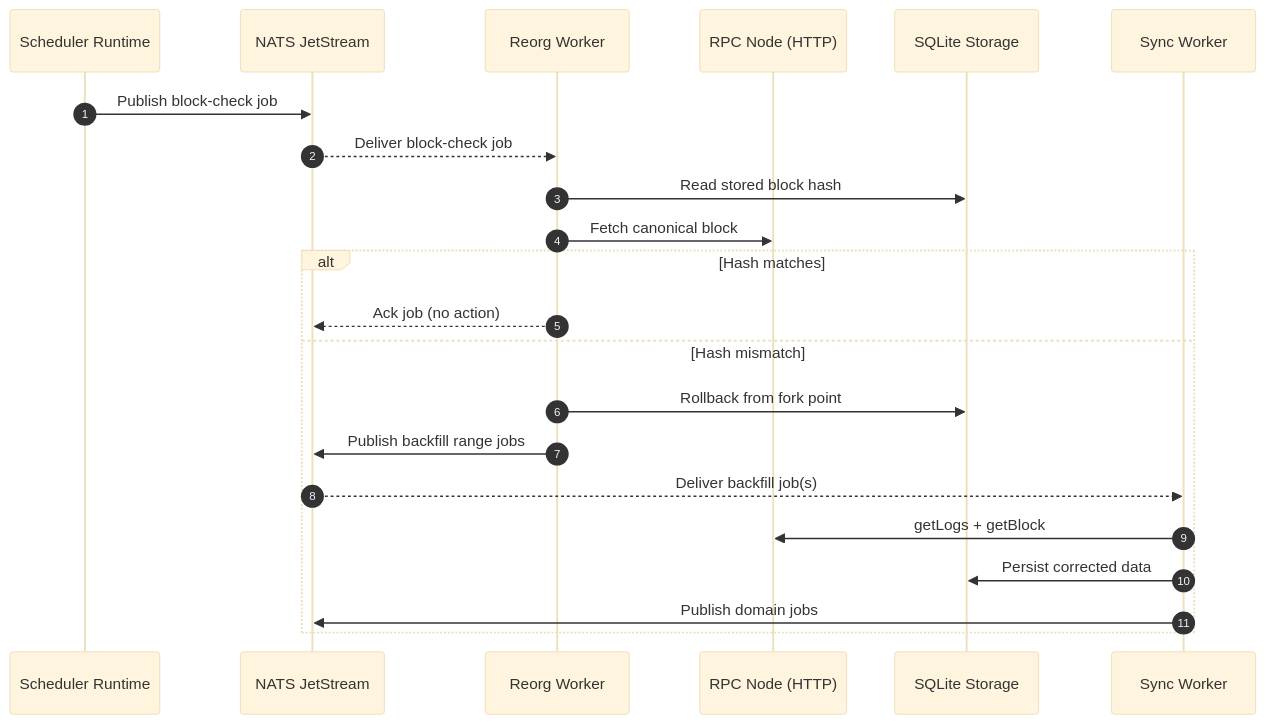
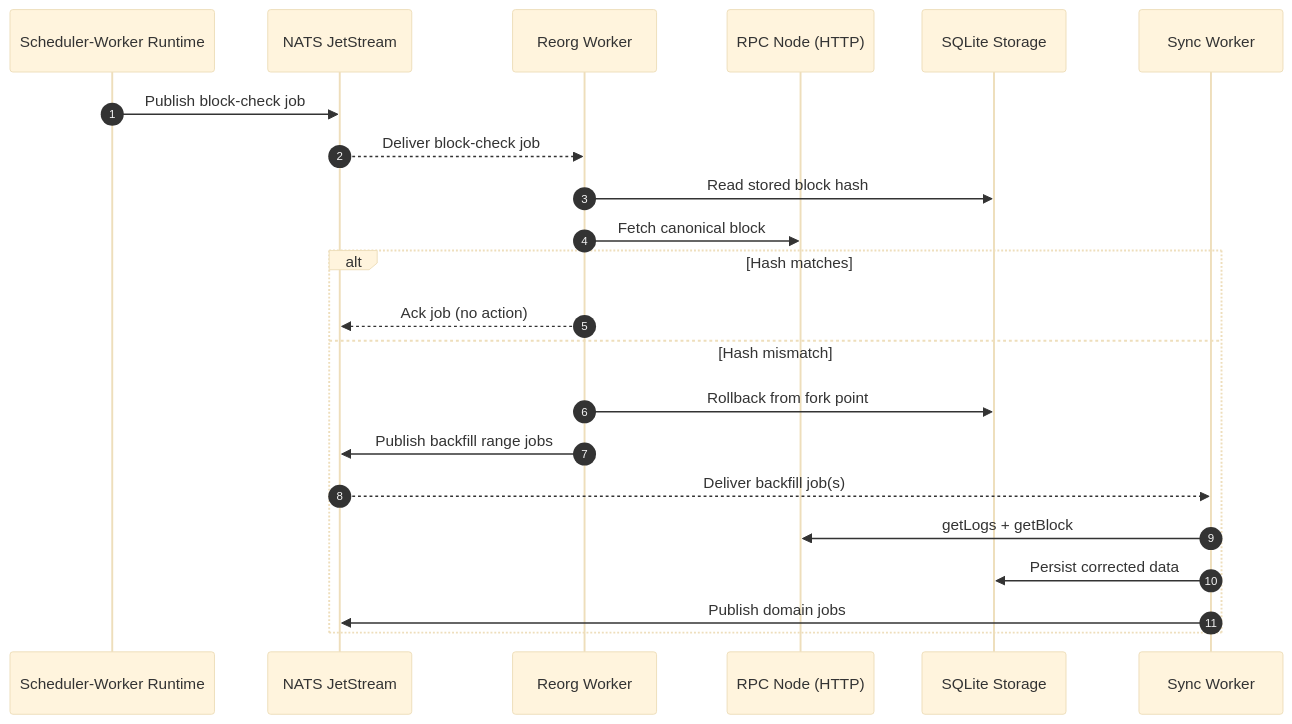
Before and after one commit to d347h-eth/artgod: the second of 2 diagrams in docs/indexer/13-sequence-diagrams.md, drawn with Mermaid (base theme). The commit also changed other lines of this file and 27 other files, not shown here.

Commit message:
add runtime registry check script

````diff
--- a/docs/indexer/13-sequence-diagrams.md
+++ b/docs/indexer/13-sequence-diagrams.md
@@ -32,26 +32,26 @@
 ```mermaid
 sequenceDiagram
     autonumber
-    participant Scheduler as Scheduler Runtime
+    participant SchedulerWorker as Scheduler-Worker Runtime
     participant NATS as NATS JetStream
     participant Reorg as Reorg Worker
     participant RPC as RPC Node (HTTP)
     participant DB as SQLite Storage
     participant Sync as Sync Worker
 
-    Scheduler->>NATS: Publish block-check job
+    SchedulerWorker->>NATS: Publish block-check job
     NATS-->>Reorg: Deliver block-check job
     Reorg->>DB: Read stored block hash
     Reorg->>RPC: Fetch canonical block
 
     alt Hash matches
         Reorg-->>NATS: Ack job (no action)
     else Hash mismatch
         Reorg->>DB: Rollback from fork point
         Reorg->>NATS: Publish backfill range jobs
         NATS-->>Sync: Deliver backfill job(s)
         Sync->>RPC: getLogs + getBlock
         Sync->>DB: Persist corrected data
         Sync->>NATS: Publish domain jobs
     end
 ```
````
